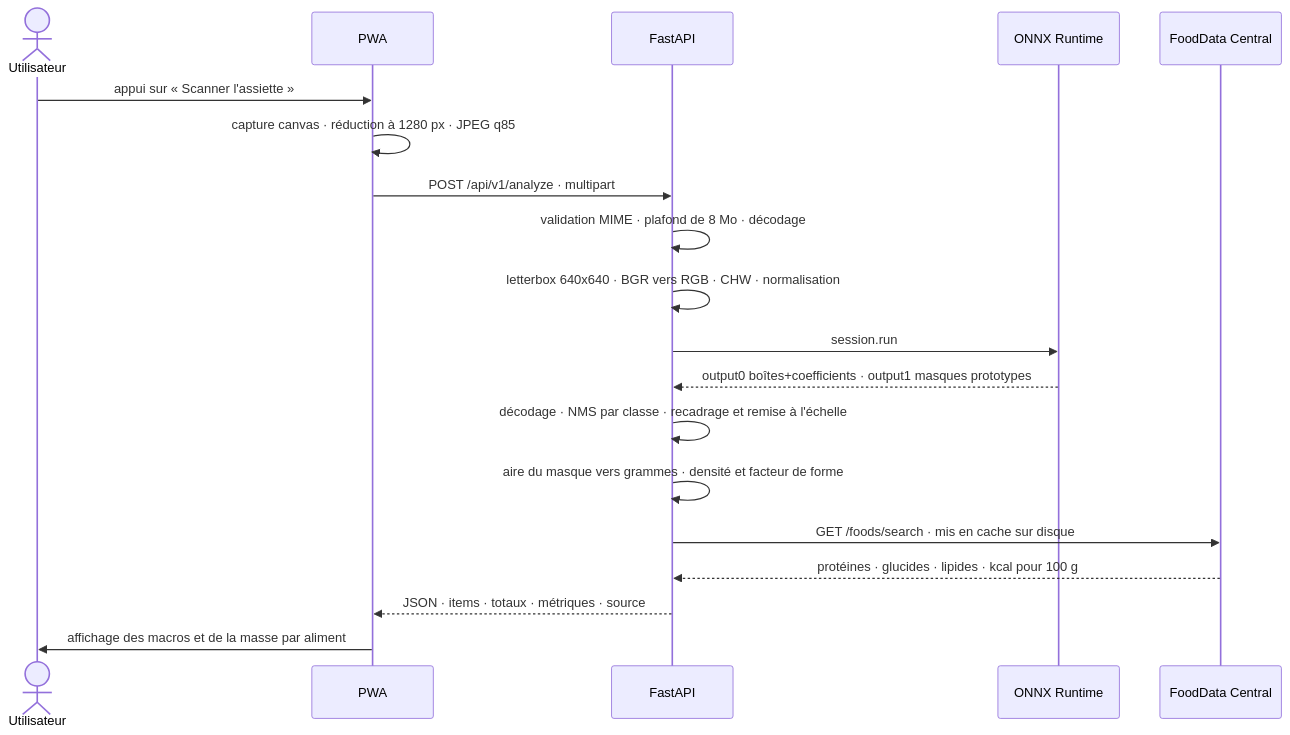
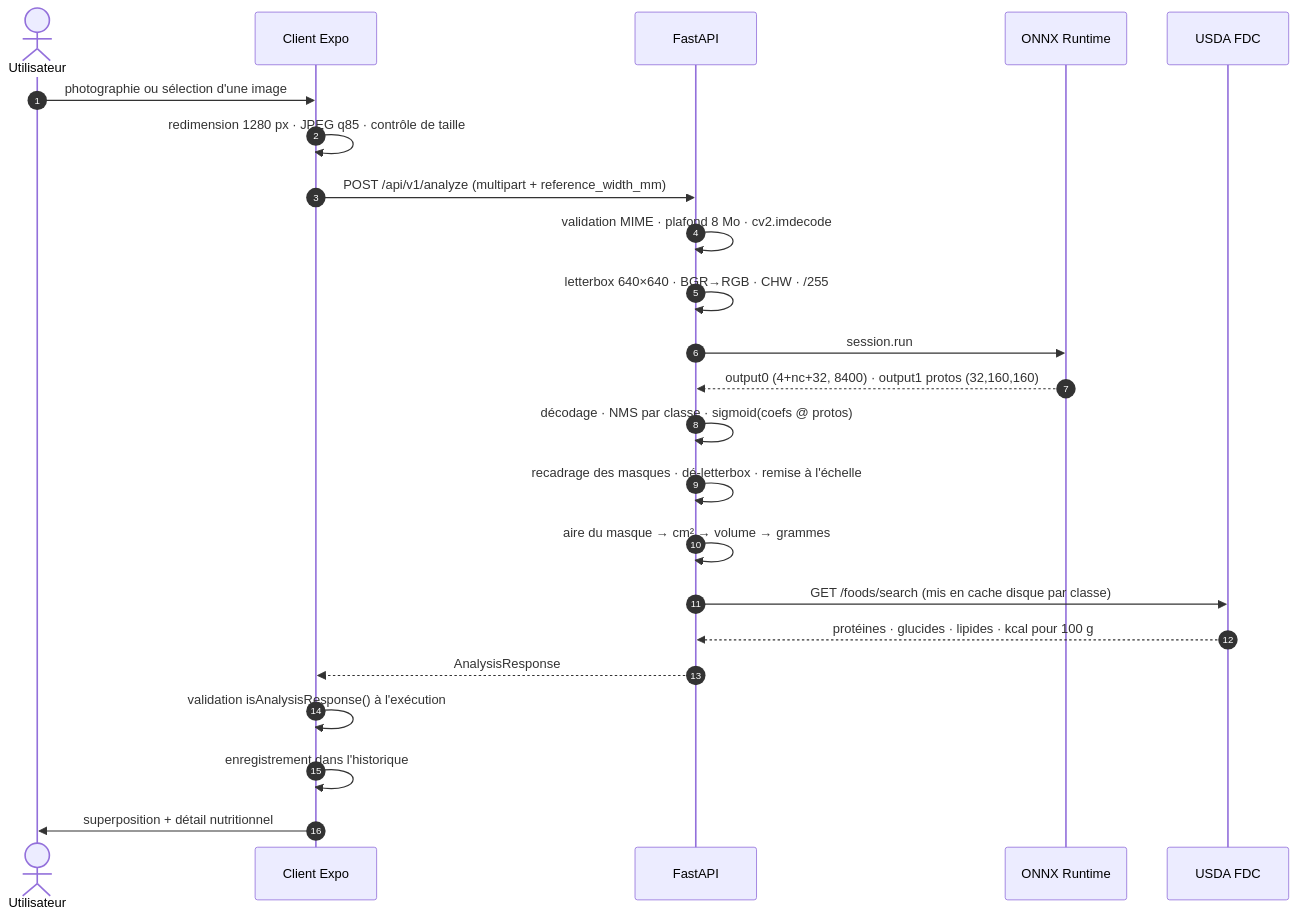
The fifth of 9 diagrams in Readme.fr.md (Zen-Daitsu/Nutrivision), drawn with Mermaid before and after one commit. The commit also changed other lines of this file, not shown here.

````diff
--- a/Readme.fr.md
+++ b/Readme.fr.md
@@ -187,22 +258,26 @@
 ```mermaid
 sequenceDiagram
-    actor Utilisateur
-    participant PWA
-    participant API as FastAPI
-    participant ORT as ONNX Runtime
-    participant USDA as FoodData Central
+    autonumber
+    actor U as Utilisateur
+    participant C as Client Expo
+    participant A as FastAPI
+    participant O as ONNX Runtime
+    participant N as USDA FDC
 
-    Utilisateur->>PWA: appui sur « Scanner l'assiette »
-    PWA->>PWA: capture canvas · réduction à 1280 px · JPEG q85
-    PWA->>API: POST /api/v1/analyze · multipart
-    API->>API: validation MIME · plafond de 8 Mo · décodage
-    API->>API: letterbox 640x640 · BGR vers RGB · CHW · normalisation
-    API->>ORT: session.run
-    ORT-->>API: output0 boîtes+coefficients · output1 masques prototypes
-    API->>API: décodage · NMS par classe · recadrage et remise à l'échelle
-    API->>API: aire du masque vers grammes · densité et facteur de forme
-    API->>USDA: GET /foods/search · mis en cache sur disque
-    USDA-->>API: protéines · glucides · lipides · kcal pour 100 g
-    API-->>PWA: JSON · items · totaux · métriques · source
-    PWA->>Utilisateur: affichage des macros et de la masse par aliment
+    U->>C: photographie ou sélection d'une image
+    C->>C: redimension 1280 px · JPEG q85 · contrôle de taille
+    C->>A: POST /api/v1/analyze (multipart + reference_width_mm)
+    A->>A: validation MIME · plafond 8 Mo · cv2.imdecode
+    A->>A: letterbox 640×640 · BGR→RGB · CHW · /255
+    A->>O: session.run
+    O-->>A: output0 (4+nc+32, 8400) · output1 protos (32,160,160)
+    A->>A: décodage · NMS par classe · sigmoid(coefs @ protos)
+    A->>A: recadrage des masques · dé-letterbox · remise à l'échelle
+    A->>A: aire du masque → cm² → volume → grammes
+    A->>N: GET /foods/search (mis en cache disque par classe)
+    N-->>A: protéines · glucides · lipides · kcal pour 100 g
+    A-->>C: AnalysisResponse
+    C->>C: validation isAnalysisResponse() à l'exécution
+    C->>C: enregistrement dans l'historique
+    C->>U: superposition + détail nutritionnel
 ```
````
